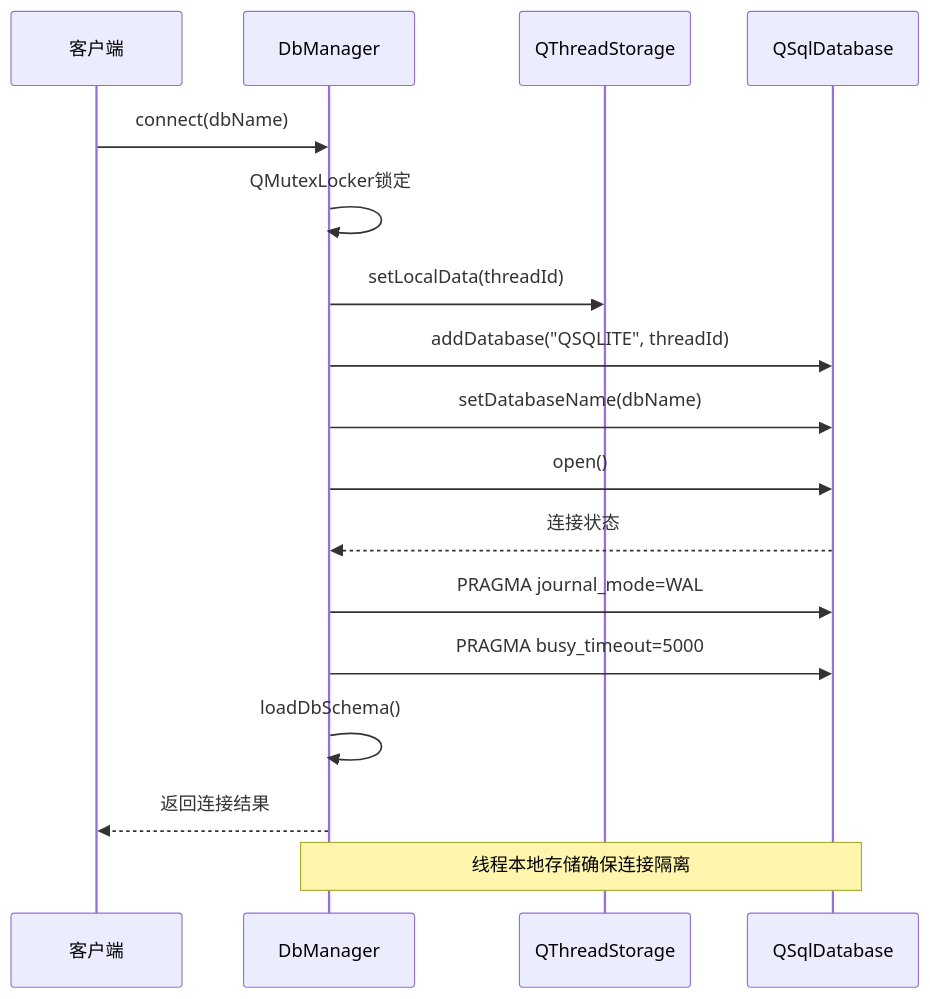
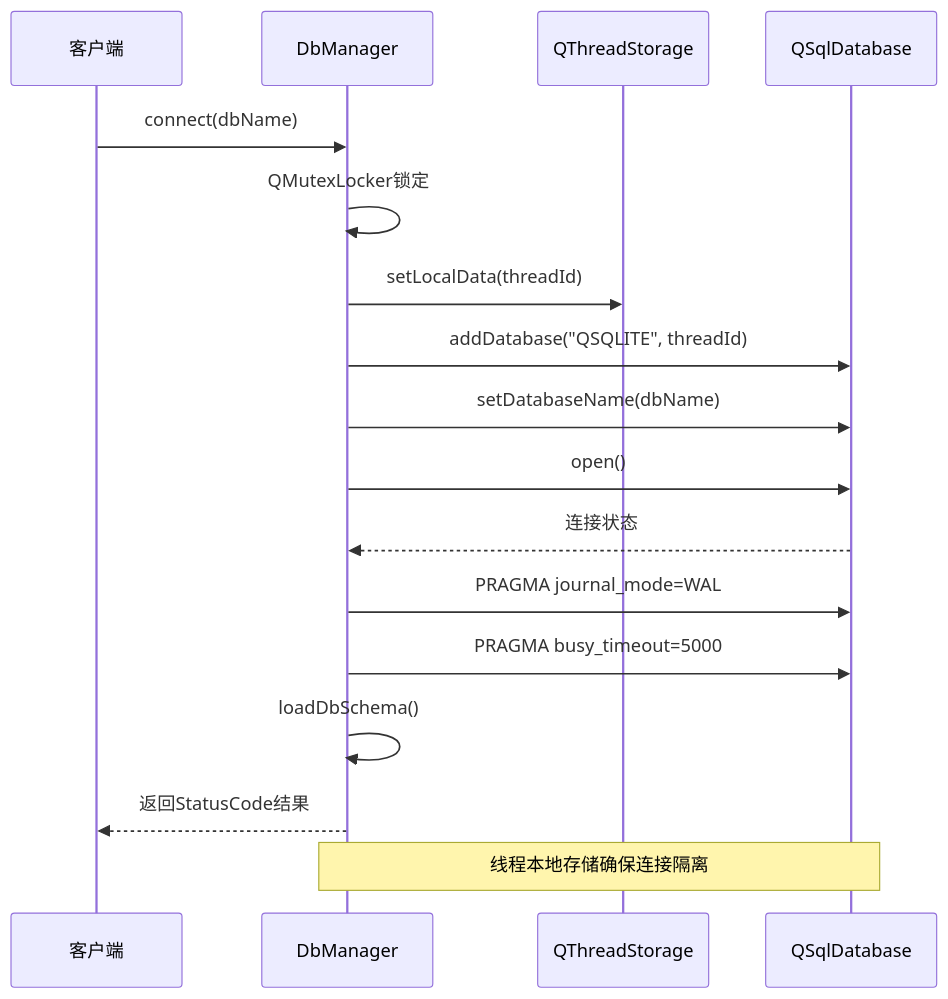
One commit to ihula/QmlPlugins changed the third of 12 diagrams in .qoder/repowiki/zh/content/核心模块/数据库管理模块.md. Above: the diagram before and after it, drawn with Mermaid. The commit also changed other lines of this file and 13 other files, not shown here.

````diff
--- a/.qoder/repowiki/zh/content/核心模块/数据库管理模块.md
+++ b/.qoder/repowiki/zh/content/核心模块/数据库管理模块.md
@@ -137,19 +146,19 @@
 ```mermaid
 sequenceDiagram
 participant Client as 客户端
 participant DM as DbManager
 participant TS as QThreadStorage
 participant SQ as QSqlDatabase
 Client->>DM : connect(dbName)
 DM->>DM : QMutexLocker锁定
 DM->>TS : setLocalData(threadId)
 DM->>SQ : addDatabase("QSQLITE", threadId)
 DM->>SQ : setDatabaseName(dbName)
 DM->>SQ : open()
 SQ-->>DM : 连接状态
 DM->>SQ : PRAGMA journal_mode=WAL
 DM->>SQ : PRAGMA busy_timeout=5000
 DM->>DM : loadDbSchema()
-DM-->>Client : 返回连接结果
+DM-->>Client : 返回StatusCode结果
 Note over DM,SQ : 线程本地存储确保连接隔离
 ```
````
